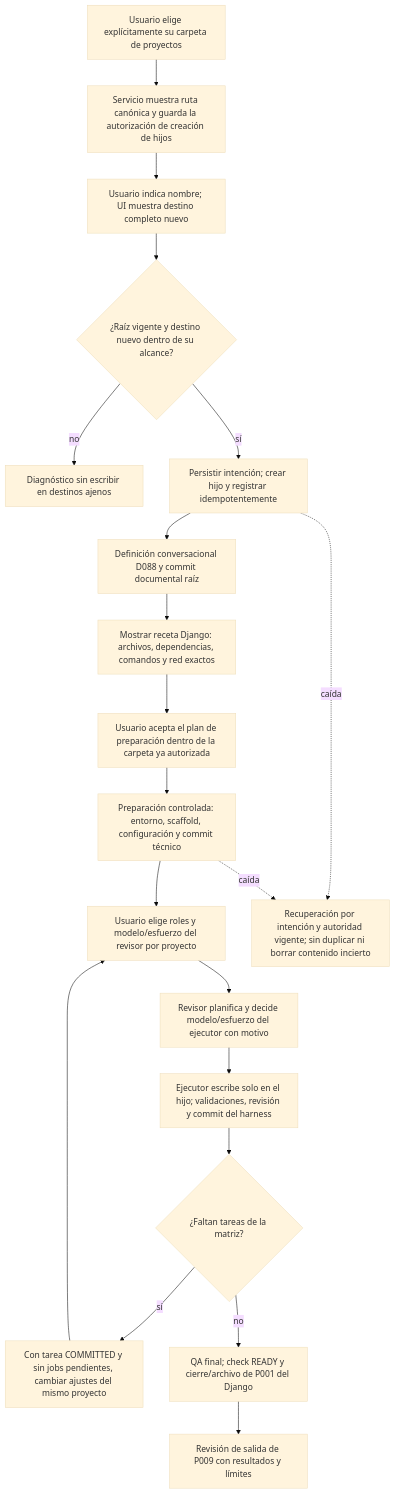
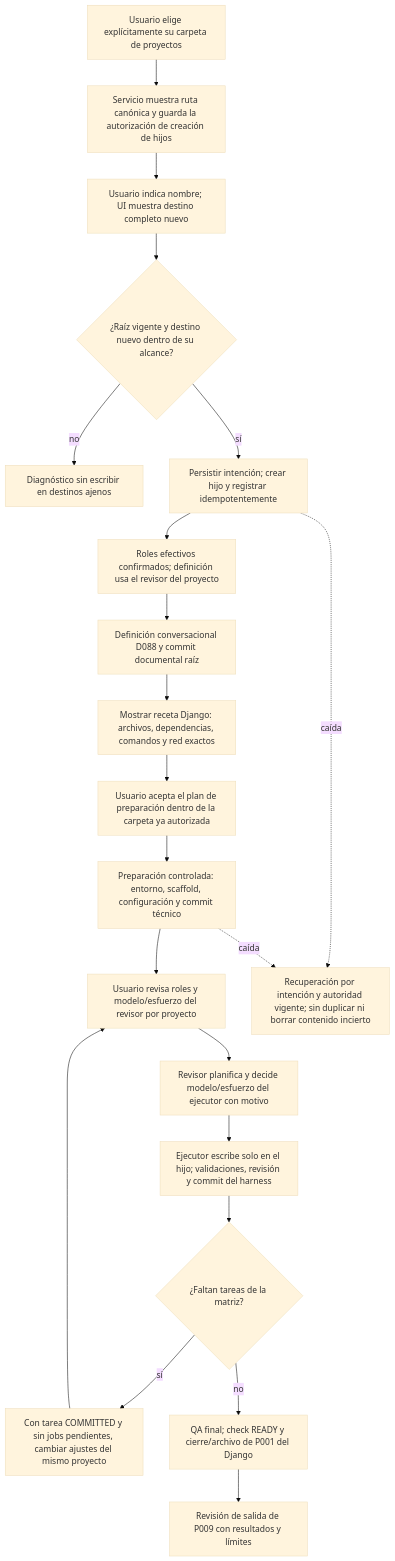
The first of 2 diagrams in docs/flows/project-creation.md (AcostaDDev/my-harness-archive), drawn with Mermaid (base theme) before and after one commit. The commit also changed other lines of this file and 10 other files, not shown here.

````diff
--- a/docs/flows/project-creation.md
+++ b/docs/flows/project-creation.md
@@ -7,22 +8,23 @@
 ```mermaid
 flowchart TD
     U["Usuario elige explícitamente su carpeta de proyectos"] --> R["Servicio muestra ruta canónica y guarda la autorización de creación de hijos"]
     R --> N["Usuario indica nombre; UI muestra destino completo nuevo"]
     N --> V{"¿Raíz vigente y destino nuevo dentro de su alcance?"}
     V -- no --> X["Diagnóstico sin escribir en destinos ajenos"]
     V -- sí --> C["Persistir intención; crear hijo y registrar idempotentemente"]
-    C --> D["Definición conversacional D088 y commit documental raíz"]
+    C --> Q0["Roles efectivos confirmados; definición usa el revisor del proyecto"]
+    Q0 --> D["Definición conversacional D088 y commit documental raíz"]
     D --> P["Mostrar receta Django: archivos, dependencias, comandos y red exactos"]
     P --> A["Usuario acepta el plan de preparación dentro de la carpeta ya autorizada"]
     A --> S["Preparación controlada: entorno, scaffold, configuración y commit técnico"]
-    S --> Q["Usuario elige roles y modelo/esfuerzo del revisor por proyecto"]
+    S --> Q["Usuario revisa roles y modelo/esfuerzo del revisor por proyecto"]
     Q --> E["Revisor planifica y decide modelo/esfuerzo del ejecutor con motivo"]
     E --> T["Ejecutor escribe solo en el hijo; validaciones, revisión y commit del harness"]
     T --> M{"¿Faltan tareas de la matriz?"}
     M -- sí --> B["Con tarea COMMITTED y sin jobs pendientes, cambiar ajustes del mismo proyecto"]
     B --> Q
     M -- no --> F["QA final; check READY y cierre/archivo de P001 del Django"]
     F --> I["Revisión de salida de P009 con resultados y límites"]
     C -. caída .-> Z["Recuperación por intención y autoridad vigente; sin duplicar ni borrar contenido incierto"]
     S -. caída .-> Z
 ```
````
